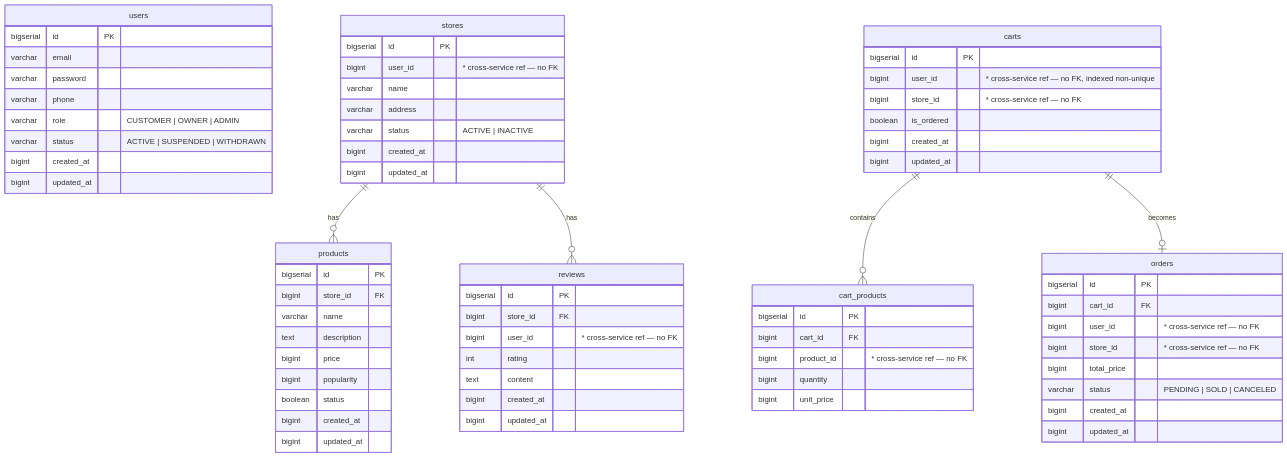
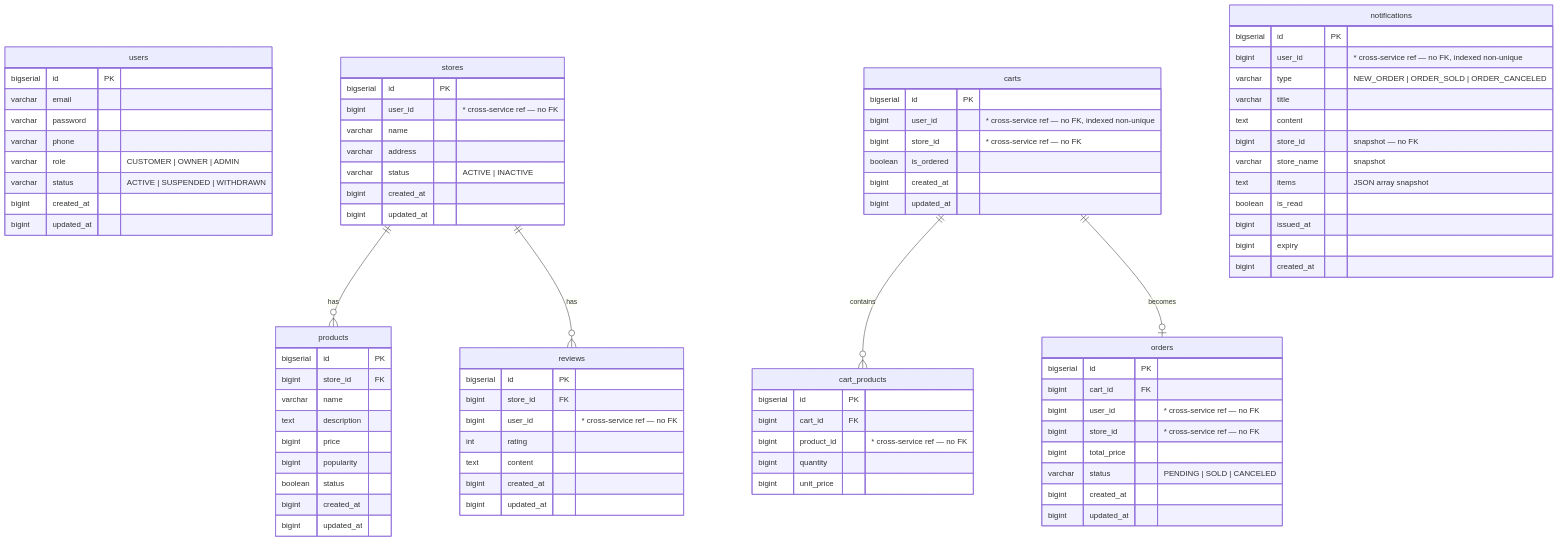
The fifth of 5 diagrams in README.md (proLmpa/Deliprac), drawn with Mermaid before and after one commit. The commit also changed other lines of this file, not shown here.

First line of the commit message:
Restore README: add notification-service, BFF-triggered notifications, remove Kafka

```diff
--- a/README.md
+++ b/README.md
@@ -325,6 +356,22 @@
         bigint    updated_at
     }
 
+    %% ── notificationdb :5436 (notification-service) ────────
+    notifications {
+        bigserial id PK
+        bigint    user_id     "* cross-service ref — no FK, indexed non-unique"
+        varchar   type        "NEW_ORDER | ORDER_SOLD | ORDER_CANCELED"
+        varchar   title
+        text      content
+        bigint    store_id    "snapshot — no FK"
+        varchar   store_name  "snapshot"
+        text      items       "JSON array snapshot"
+        boolean   is_read
+        bigint    issued_at
+        bigint    expiry
+        bigint    created_at
+    }
+
     %% relationships within storedb
     stores      ||--o{ products      : "has"
     stores      ||--o{ reviews       : "has"
```
